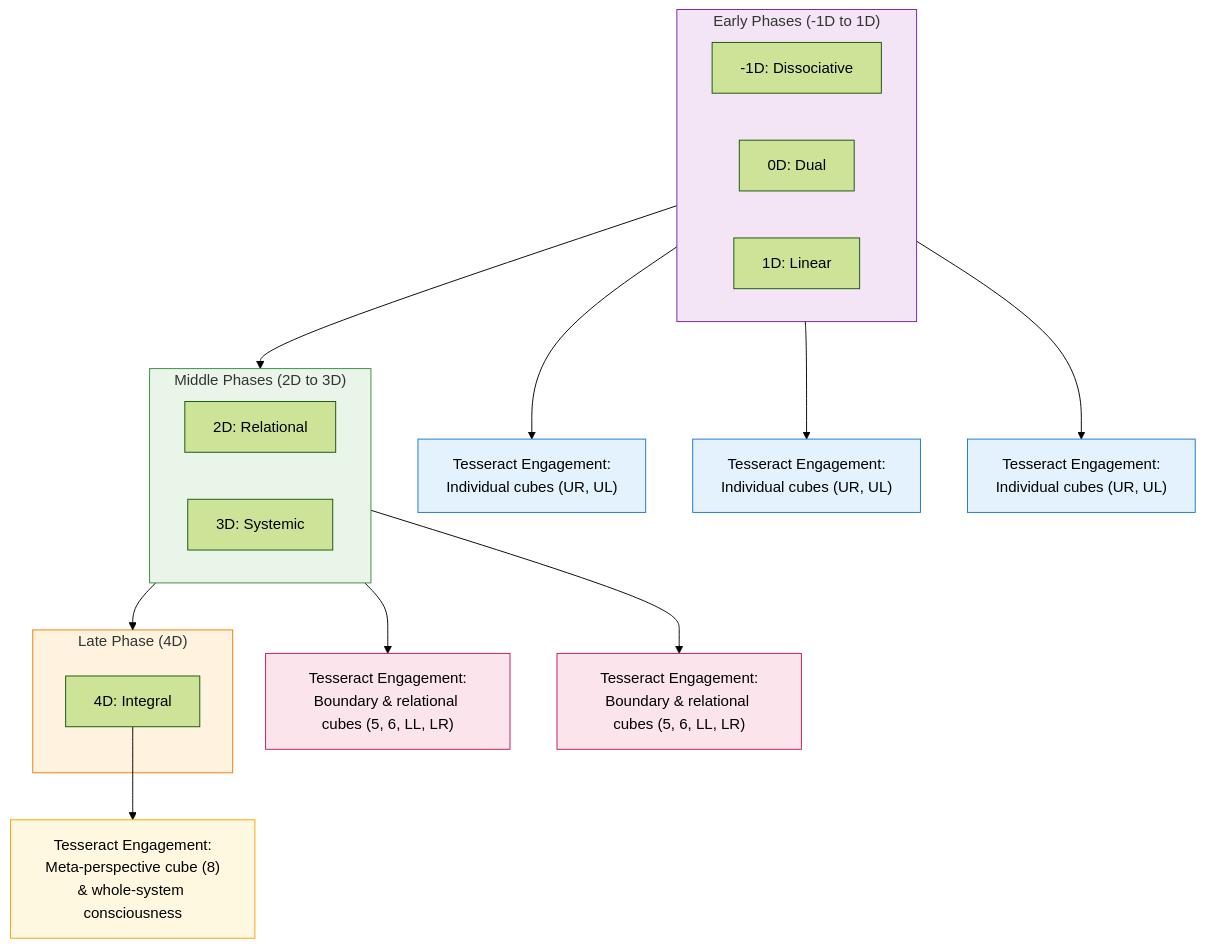
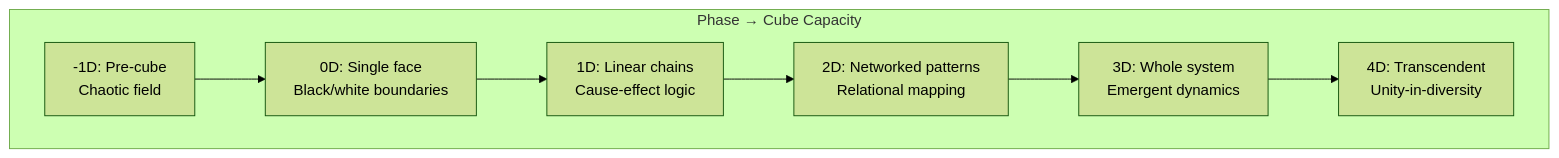
The sixth of 7 diagrams in framework/core-model/04-temporal-unfolding-dialectical-phases.md (ravaioli/solarpunk-mandala), drawn with Mermaid (forest theme) before and after one commit. The commit also changed other lines of this file, not shown here.

````diff
--- a/framework/core-model/04-temporal-unfolding-dialectical-phases.md
+++ b/framework/core-model/04-temporal-unfolding-dialectical-phases.md
@@ -249,40 +330,13 @@
 ```mermaid
 graph TD
-    subgraph Early["Early Phases (-1D to 1D)"]
-        direction LR
-        P1["-1D: Dissociative"]
-        P2["0D: Dual"]
-        P3["1D: Linear"]
+    subgraph Phases["Phase → Cube Capacity"]
+        P0["-1D: Pre-cube<br>Chaotic field"]
+        P1["0D: Single face<br>Black/white boundaries"]
+        P2["1D: Linear chains<br>Cause-effect logic"]
+        P3["2D: Networked patterns<br>Relational mapping"]
+        P4["3D: Whole system<br>Emergent dynamics"]
+        P5["4D: Transcendent<br>Unity-in-diversity"]
     end
-
-    subgraph Middle["Middle Phases (2D to 3D)"]
-        direction LR
-        P4["2D: Relational"]
-        P5["3D: Systemic"]
-    end
-
-    subgraph Late["Late Phase (4D)"]
-        P6["4D: Integral"]
-    end
-
-    Early --> Middle --> Late
-
-    P1 --> C1["Tesseract Engagement:<br>Individual cubes (UR, UL)"]
-    P2 --> C2["Tesseract Engagement:<br>Individual cubes (UR, UL)"]
-    P3 --> C3["Tesseract Engagement:<br>Individual cubes (UR, UL)"]
     
-    P4 --> C4["Tesseract Engagement:<br>Boundary & relational cubes (5, 6, LL, LR)"]
-    P5 --> C5["Tesseract Engagement:<br>Boundary & relational cubes (5, 6, LL, LR)"]
-    
-    P6 --> C6["Tesseract Engagement:<br>Meta-perspective cube (8)<br>& whole-system consciousness"]
-
-    style Early fill:#f3e5f5,stroke:#7b1fa2
-    style Middle fill:#e8f5e8,stroke:#388e3c
-    style Late fill:#fff3e0,stroke:#f57c00
-    style C1 fill:#e3f2fd,stroke:#1976d2
-    style C2 fill:#e3f2fd,stroke:#1976d2
-    style C3 fill:#e3f2fd,stroke:#1976d2
-    style C4 fill:#fce4ec,stroke:#c2185b
-    style C5 fill:#fce4ec,stroke:#c2185b
-    style C6 fill:#fff8e1,stroke:#ffa000
+    P0 --> P1 --> P2 --> P3 --> P4 --> P5
 ```
````
